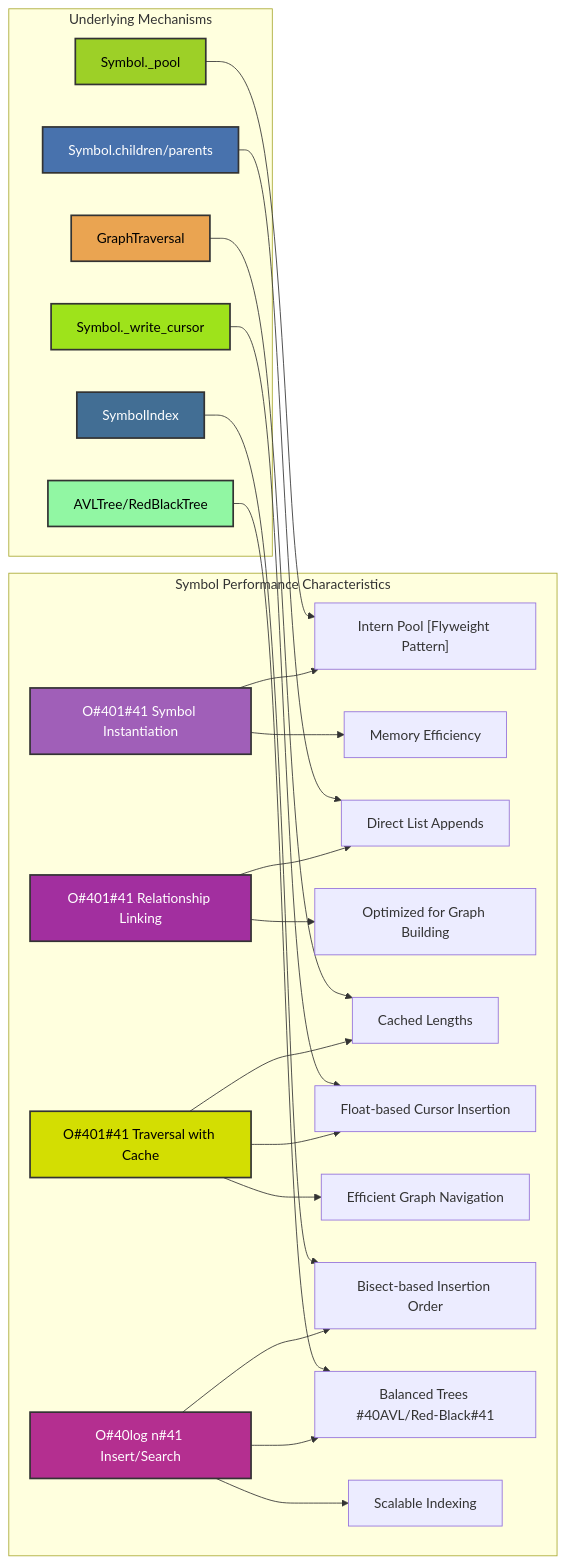
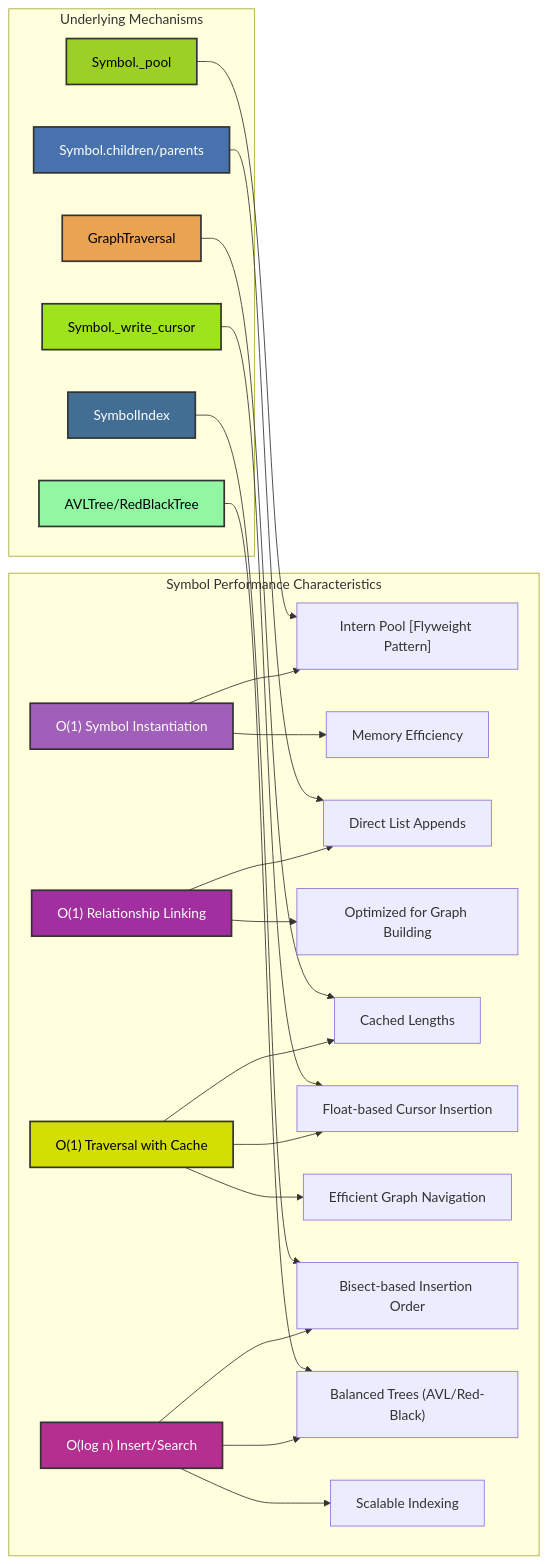
Before and after one commit to ikko/sym: the diagram in docs/readme_details/9_performance/performance_overview.mmd, drawn with Mermaid. The commit also changed 13 other files, not shown here.

```diff
--- a/docs/readme_details/9_performance/performance_overview.mmd
+++ b/docs/readme_details/9_performance/performance_overview.mmd
@@ -1,37 +1,37 @@
 graph LR
     subgraph "Symbol Performance Characteristics"
-        A["O#401#41 Symbol Instantiation"] --> B["Intern Pool [Flyweight Pattern]"];
+        A["O(1) Symbol Instantiation"] --> B["Intern Pool [Flyweight Pattern]"];
         A --> C["Memory Efficiency"];
 
-        D["O#401#41 Relationship Linking"] --> E["Direct List Appends"];
+        D["O(1) Relationship Linking"] --> E["Direct List Appends"];
         D --> F["Optimized for Graph Building"];
 
-        G["O#401#41 Traversal with Cache"] --> H["Cached Lengths"];
+        G["O(1) Traversal with Cache"] --> H["Cached Lengths"];
         G --> I["Float-based Cursor Insertion"];
         G --> J["Efficient Graph Navigation"];
 
-        K["O#40log n#41 Insert/Search"] --> L["Bisect-based Insertion Order"];
-        K --> M["Balanced Trees #40AVL/Red-Black#41"];
+        K["O(log n) Insert/Search"] --> L["Bisect-based Insertion Order"];
+        K --> M["Balanced Trees (AVL/Red-Black)"];
         K --> N["Scalable Indexing"];
     end
 
     subgraph "Underlying Mechanisms"
         O["Symbol._pool"] --> B;
         P["Symbol.children/parents"] --> E;
         Q["GraphTraversal"] --> H;
         R["Symbol._write_cursor"] --> I;
         S["SymbolIndex"] --> L;
         T["AVLTree/RedBlackTree"] --> M;
     end
     style T fill:#91f7a3,stroke:#333,stroke-width:2px,color:#000000;
 
     style A fill:#a05fb8,stroke:#333,stroke-width:2px,color:#FFFFFF;
     style D fill:#a22f9f,stroke:#333,stroke-width:2px,color:#FFFFFF;
     style G fill:#d3de02,stroke:#333,stroke-width:2px,color:#000000;
     style K fill:#b42f90,stroke:#333,stroke-width:2px,color:#FFFFFF;
     style O fill:#9dd027,stroke:#333,stroke-width:2px,color:#000000;
     style P fill:#4872ad,stroke:#333,stroke-width:2px,color:#FFFFFF;
     style Q fill:#eaa451,stroke:#333,stroke-width:2px,color:#000000;
     style R fill:#9ee31b,stroke:#333,stroke-width:2px,color:#000000;
     style S fill:#426e94,stroke:#333,stroke-width:2px,color:#FFFFFF;
     style T fill:#91f7a3,stroke:#333,stroke-width:2px,color:#000000;
```
